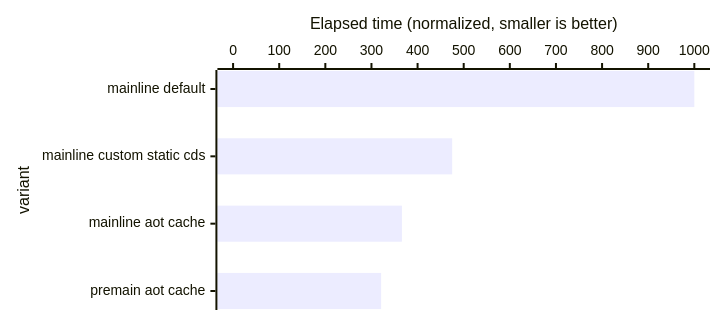
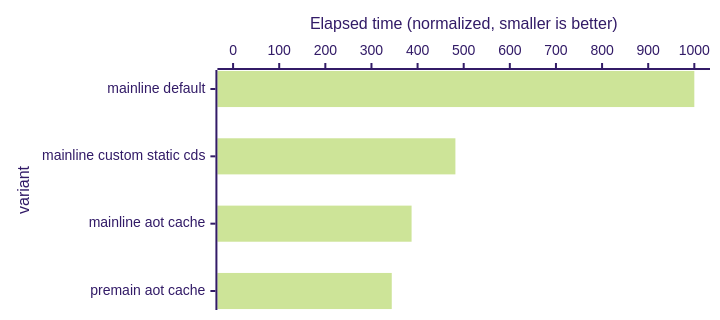
The third of 6 diagrams in README.md (openjdk/leyden), drawn with Mermaid before and after one commit. The commit also changed other lines of this file and 4 other files, not shown here.

````diff
--- a/README.md
+++ b/README.md
@@ -425,12 +427,13 @@
 ```mermaid
 ---
 config:
+    theme: "forest"
     xyChart:
         chartOrientation: horizontal
         height: 300
 ---
 xychart-beta
     x-axis "variant" ["mainline default", "mainline custom static cds", "mainline aot cache", "premain aot cache"]
     y-axis "Elapsed time (normalized, smaller is better)" 0 --> 1000
-    bar [1000, 475, 366, 321]
+    bar [1000, 482, 387, 344]
 ```
````
